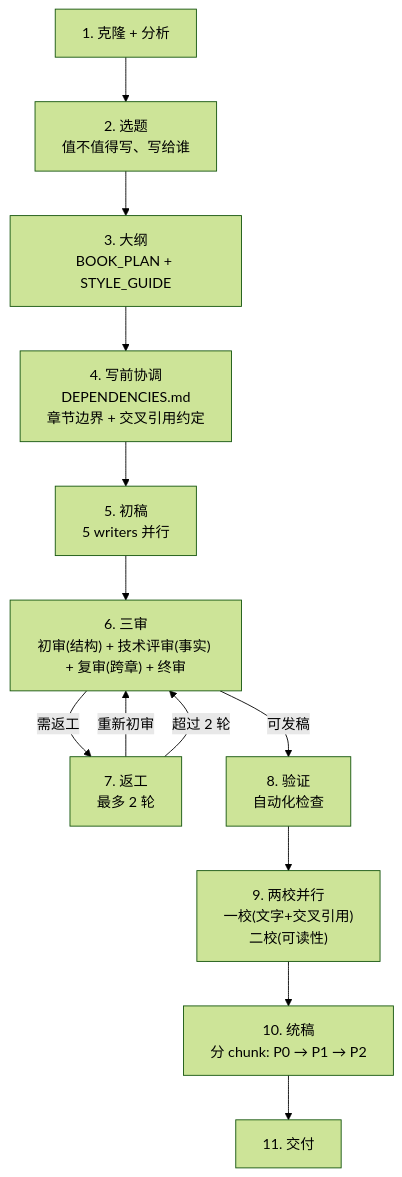
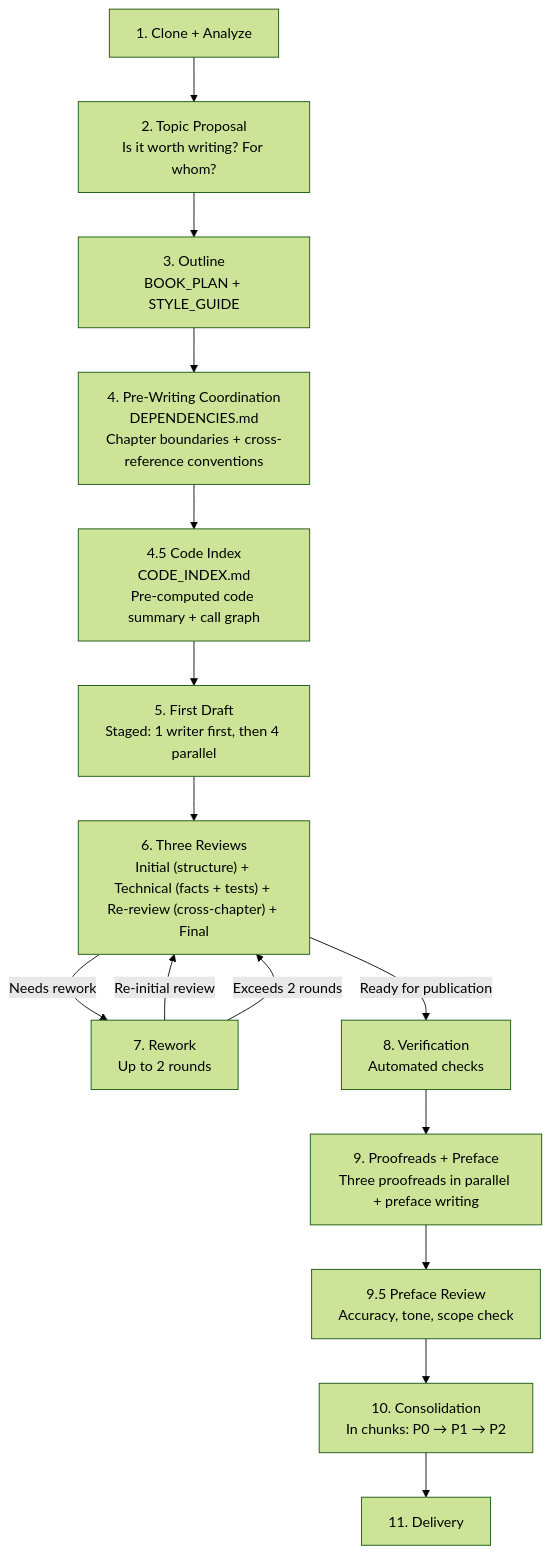
The diagram in README.md (AngusFu/tech-insider), drawn with Mermaid (forest theme) before and after one commit. The commit also changed other lines of this file and 22 other files, not shown here.

````diff
--- a/README.md
+++ b/README.md
@@ -90,21 +110,23 @@
 ```mermaid
 flowchart TD
-    S1["1. 克隆 + 分析"]
-    S2["2. 选题<br/>值不值得写、写给谁"]
-    S3["3. 大纲<br/>BOOK_PLAN + STYLE_GUIDE"]
-    S4["4. 写前协调<br/>DEPENDENCIES.md<br/>章节边界 + 交叉引用约定"]
-    S5["5. 初稿<br/>5 writers 并行"]
-    S6["6. 三审<br/>初审(结构) + 技术评审(事实) + 复审(跨章) + 终审"]
-    S7["7. 返工<br/>最多 2 轮"]
-    S8["8. 验证<br/>自动化检查"]
-    S9["9. 两校并行<br/>一校(文字+交叉引用)<br/>二校(可读性)"]
-    S10["10. 统稿<br/>分 chunk: P0 → P1 → P2"]
-    S11["11. 交付"]
+    S1["1. Clone + Analyze"]
+    S2["2. Topic Proposal<br/>Is it worth writing? For whom?"]
+    S3["3. Outline<br/>BOOK_PLAN + STYLE_GUIDE"]
+    S4["4. Pre-Writing Coordination<br/>DEPENDENCIES.md<br/>Chapter boundaries + cross-reference conventions"]
+    S45["4.5 Code Index<br/>CODE_INDEX.md<br/>Pre-computed code summary + call graph"]
+    S5["5. First Draft<br/>Staged: 1 writer first, then 4 parallel"]
+    S6["6. Three Reviews<br/>Initial (structure) + Technical (facts + tests) + Re-review (cross-chapter) + Final"]
+    S7["7. Rework<br/>Up to 2 rounds"]
+    S8["8. Verification<br/>Automated checks"]
+    S9["9. Proofreads + Preface<br/>Three proofreads in parallel + preface writing"]
+    S95["9.5 Preface Review<br/>Accuracy, tone, scope check"]
+    S10["10. Consolidation<br/>In chunks: P0 → P1 → P2"]
+    S11["11. Delivery"]
 
-    S1 --> S2 --> S3 --> S4 --> S5 --> S6
-    S6 -->|需返工| S7
-    S6 -->|可发稿| S8
-    S7 -->|重新初审| S6
-    S7 -->|超过 2 轮| S6
-    S8 --> S9 --> S10 --> S11
+    S1 --> S2 --> S3 --> S4 --> S45 --> S5 --> S6
+    S6 -->|Needs rework| S7
+    S6 -->|Ready for publication| S8
+    S7 -->|Re-initial review| S6
+    S7 -->|Exceeds 2 rounds| S6
+    S8 --> S9 --> S95 --> S10 --> S11
 ```
````
